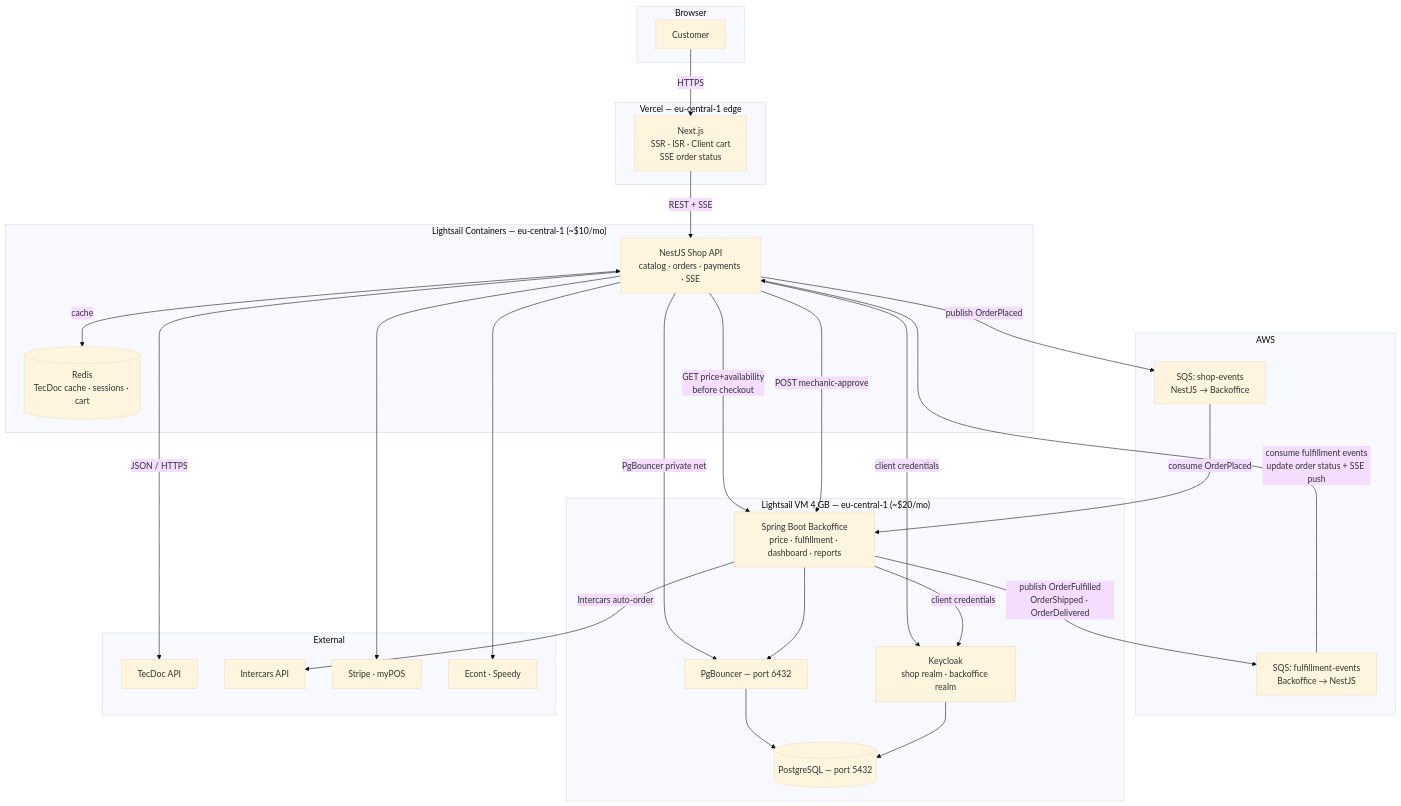
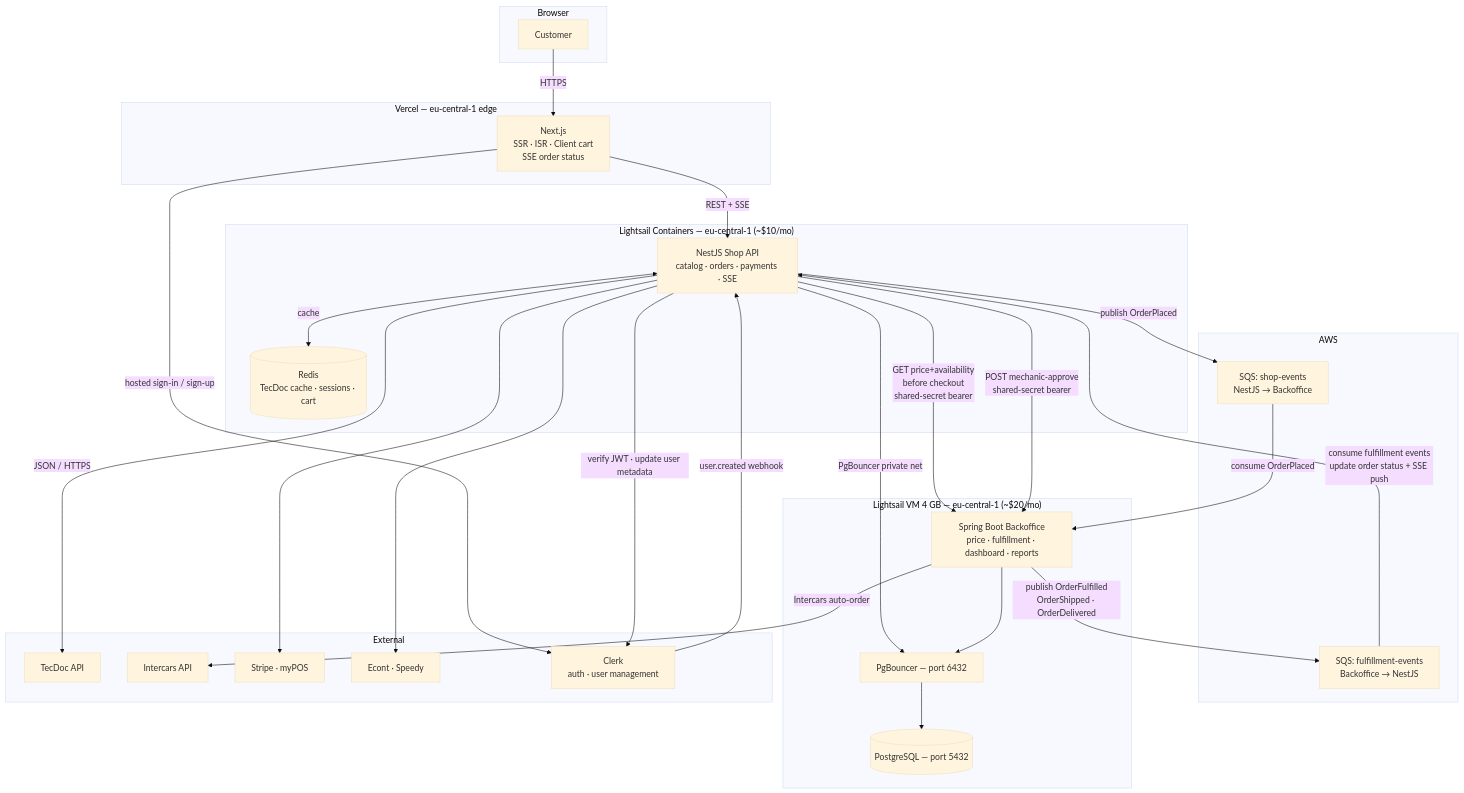
One commit to Pavlin619/vp-parts changed the diagram in docs/ARCHITECTURE.md. Above: the diagram before and after it, drawn with Mermaid (base theme). The commit also changed other lines of this file and 8 other files, not shown here.

Commit message:
feat: change the architectural approach to use clerk rather than keycloak

````diff
--- a/docs/ARCHITECTURE.md
+++ b/docs/ARCHITECTURE.md
@@ -11,54 +11,54 @@
 ```mermaid
 graph TB
     subgraph Browser
         U[Customer]
     end
 
     subgraph Vercel ["Vercel — eu-central-1 edge"]
         WEB["Next.js\nSSR · ISR · Client cart\nSSE order status"]
     end
 
     subgraph LC ["Lightsail Containers — eu-central-1 (~$10/mo)"]
         API["NestJS Shop API\ncatalog · orders · payments · SSE"]
         REDIS[(Redis\nTecDoc cache · sessions · cart)]
     end
 
     subgraph AWS
         SQS1["SQS: shop-events\nNestJS → Backoffice"]
         SQS2["SQS: fulfillment-events\nBackoffice → NestJS"]
     end
 
     subgraph VM ["Lightsail VM 4 GB — eu-central-1 (~$20/mo)"]
         SPRING["Spring Boot Backoffice\nprice · fulfillment · dashboard · reports"]
-        KC["Keycloak\nshop realm · backoffice realm"]
         PGBOUNCER["PgBouncer — port 6432"]
         PG[(PostgreSQL — port 5432)]
     end
 
     subgraph External
         TECDOC[TecDoc API]
         INTERCARS[Intercars API]
         PAY["Stripe · myPOS"]
         SHIP["Econt · Speedy"]
+        CLERK["Clerk\nauth · user management"]
     end
 
     U -->|HTTPS| WEB
     WEB -->|REST + SSE| API
     API <-->|cache| REDIS
     API -->|PgBouncer private net| PGBOUNCER
-    API -->|GET price+availability\nbefore checkout| SPRING
-    API -->|POST mechanic-approve| SPRING
+    API -->|GET price+availability\nbefore checkout\nshared-secret bearer| SPRING
+    API -->|POST mechanic-approve\nshared-secret bearer| SPRING
     API -->|publish OrderPlaced| SQS1
     SQS1 -->|consume OrderPlaced| SPRING
     SPRING -->|publish OrderFulfilled\nOrderShipped · OrderDelivered| SQS2
     SQS2 -->|consume fulfillment events\nupdate order status + SSE push| API
     SPRING -->|Intercars auto-order| INTERCARS
     SPRING --> PGBOUNCER
     PGBOUNCER --> PG
-    KC --> PG
-    API -->|client credentials| KC
-    SPRING -->|client credentials| KC
+    WEB -->|hosted sign-in / sign-up| CLERK
+    API -->|verify JWT · update user metadata| CLERK
+    CLERK -->|user.created webhook| API
     API -->|JSON / HTTPS| TECDOC
     API --> PAY
     API --> SHIP
 ```
````
